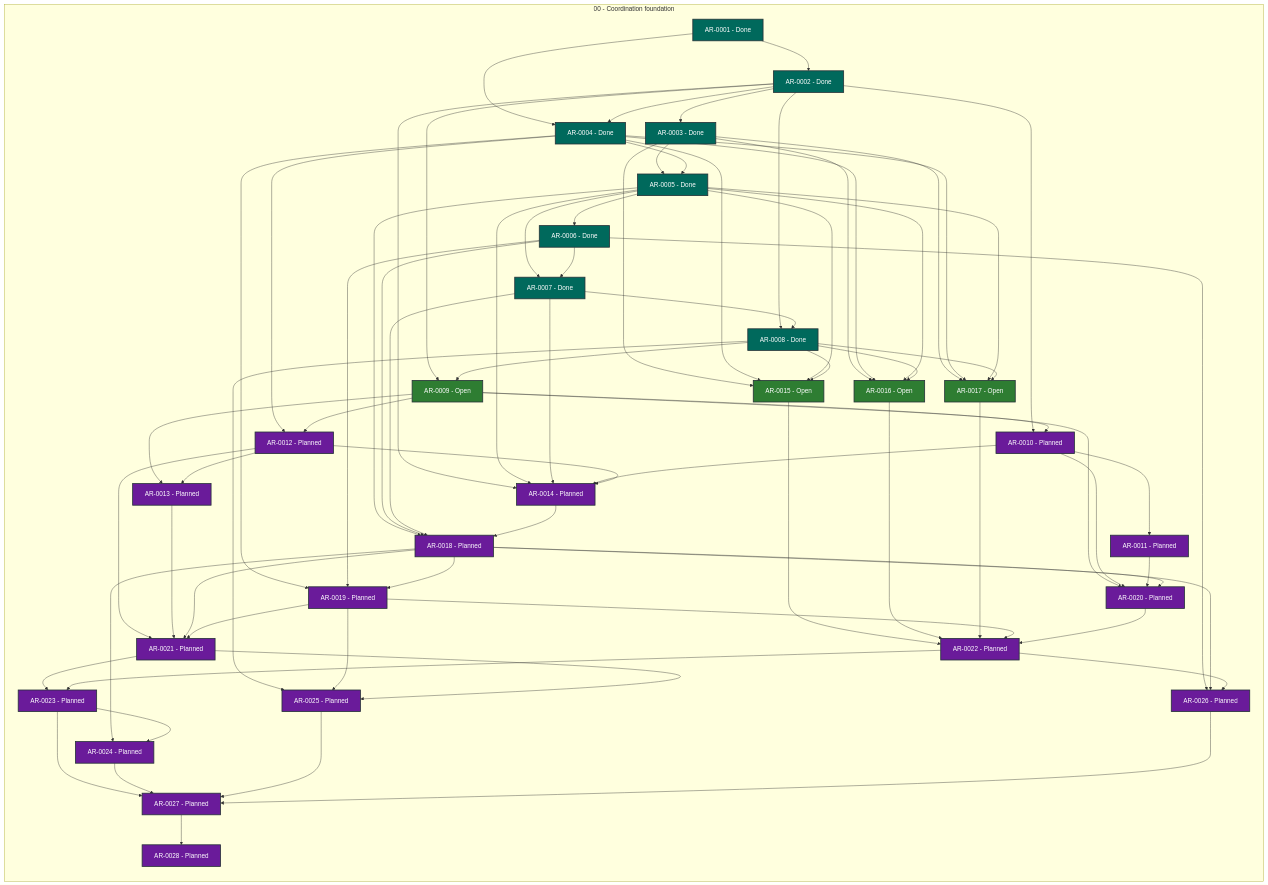
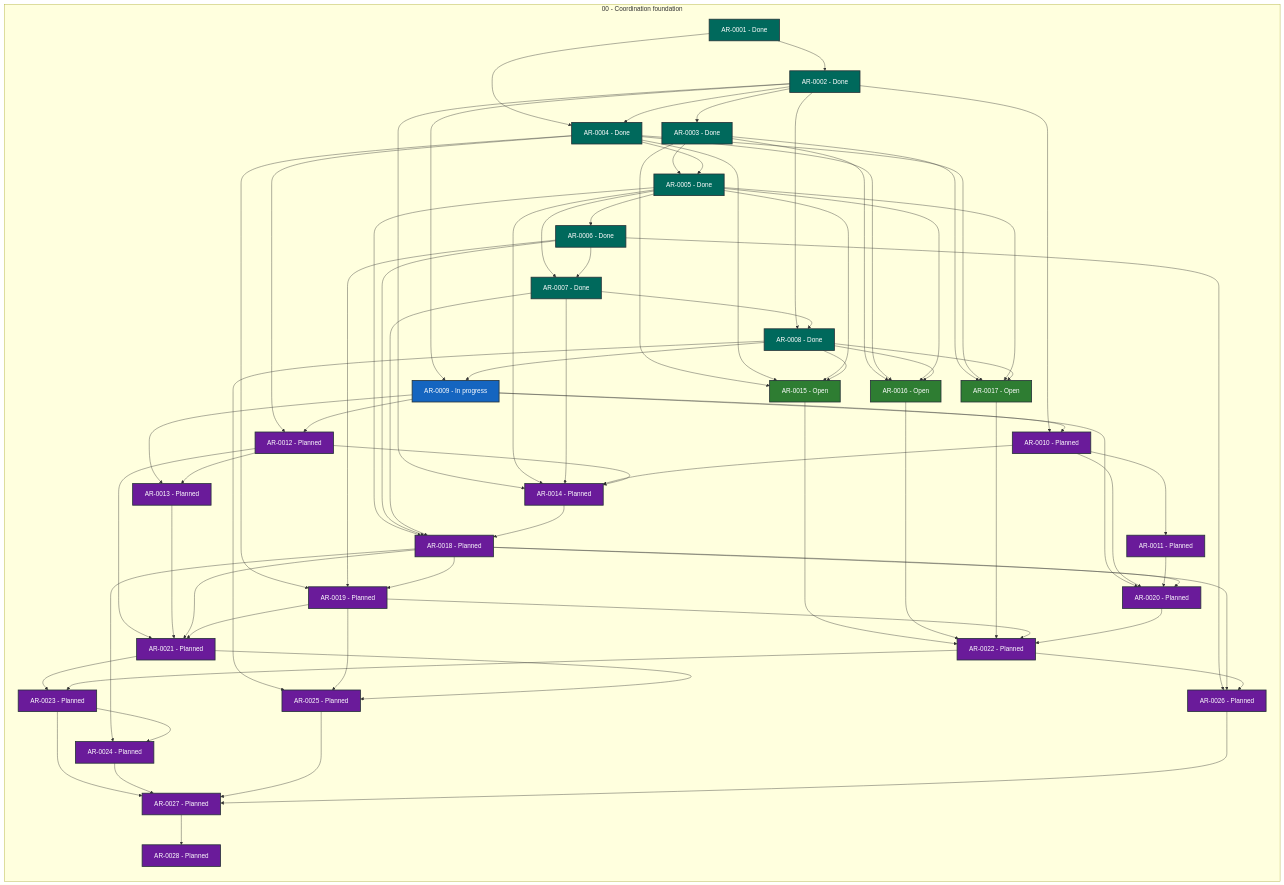
Before and after one commit to martin-beck/agent-workflow-runtime-state: the diagram in STATUS.md, drawn with Mermaid. The commit also changed other lines of this file and 2 other files, not shown here.

```diff
--- a/STATUS.md
+++ b/STATUS.md
@@ -36,7 +36,7 @@
         AR_0006["AR-0006 - Done"]:::status_done
         AR_0007["AR-0007 - Done"]:::status_done
         AR_0008["AR-0008 - Done"]:::status_done
-        AR_0009["AR-0009 - Open"]:::status_open
+        AR_0009["AR-0009 - In progress"]:::status_in_progress
         AR_0010["AR-0010 - Planned"]:::status_planned
         AR_0011["AR-0011 - Planned"]:::status_planned
         AR_0012["AR-0012 - Planned"]:::status_planned
```
